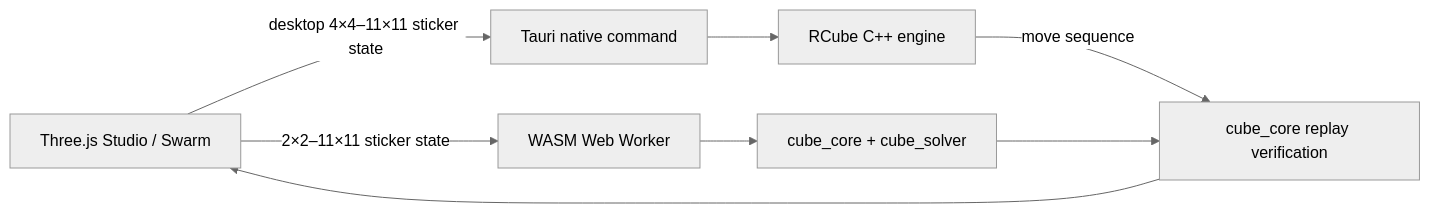
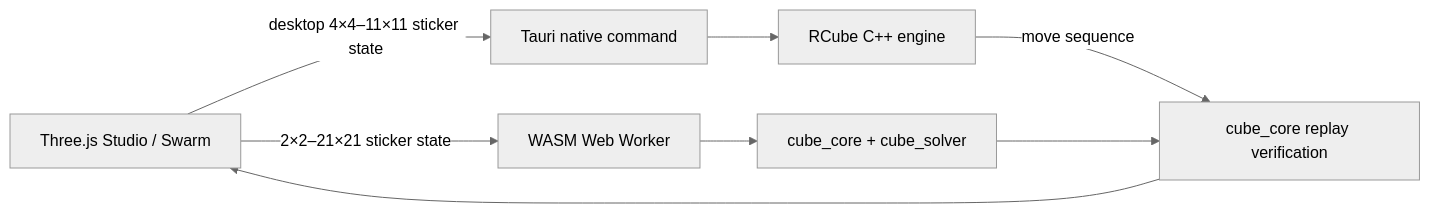
One commit to evaarnas/Solvaus-hybridi changed the diagram in README.md. Above: the diagram before and after it, drawn with Mermaid (neutral theme). The commit also changed other lines of this file and 8 other files, not shown here.

````diff
--- a/README.md
+++ b/README.md
@@ -144,10 +144,10 @@
 ```mermaid
 flowchart LR
-    UI[Three.js Studio / Swarm] -->|2×2–11×11 sticker state| Worker[WASM Web Worker]
+    UI[Three.js Studio / Swarm] -->|2×2–21×21 sticker state| Worker[WASM Web Worker]
     UI -->|desktop 4×4–11×11 sticker state| Tauri[Tauri native command]
     Worker --> Core[cube_core + cube_solver]
     Tauri --> RCube[RCube C++ engine]
     RCube -->|move sequence| Verify[cube_core replay verification]
     Core --> Verify
     Verify --> UI
 ```
````
